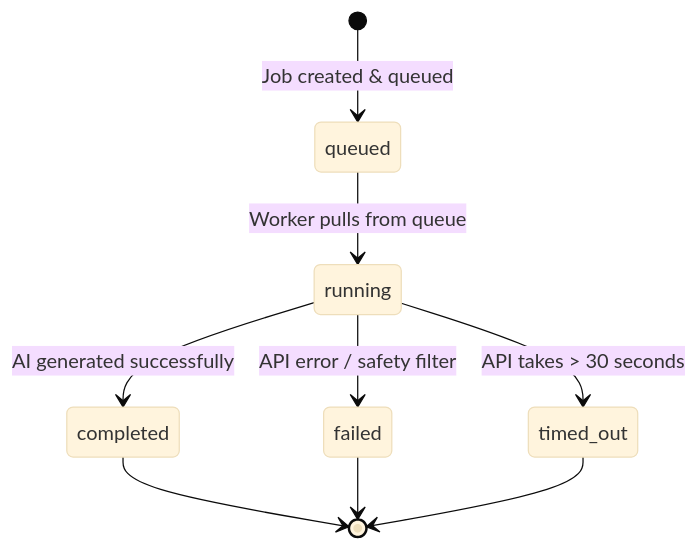
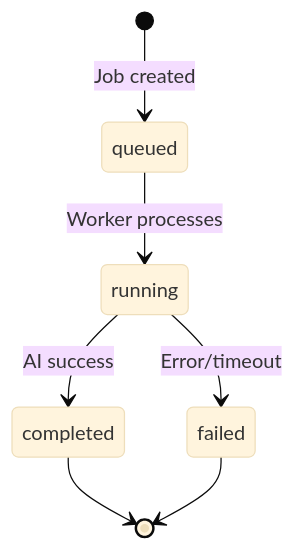
Before and after one commit to akashsingh3414/Creative-Battle-Room: the second of 2 diagrams in README.md, drawn with Mermaid (base theme). The commit also changed other lines of this file and 9 other files, not shown here.

````diff
--- a/README.md
+++ b/README.md
@@ -117,11 +92,9 @@
 ```mermaid
 stateDiagram-v2
-    [*] --> queued: Job created & queued
-    queued --> running: Worker pulls from queue
-    running --> completed: AI generated successfully
-    running --> failed: API error / safety filter
-    running --> timed_out: API takes > 30 seconds
+    [*] --> queued: Job created
+    queued --> running: Worker processes
+    running --> completed: AI success
+    running --> failed: Error/timeout
     completed --> [*]
     failed --> [*]
-    timed_out --> [*]
 ```
````
